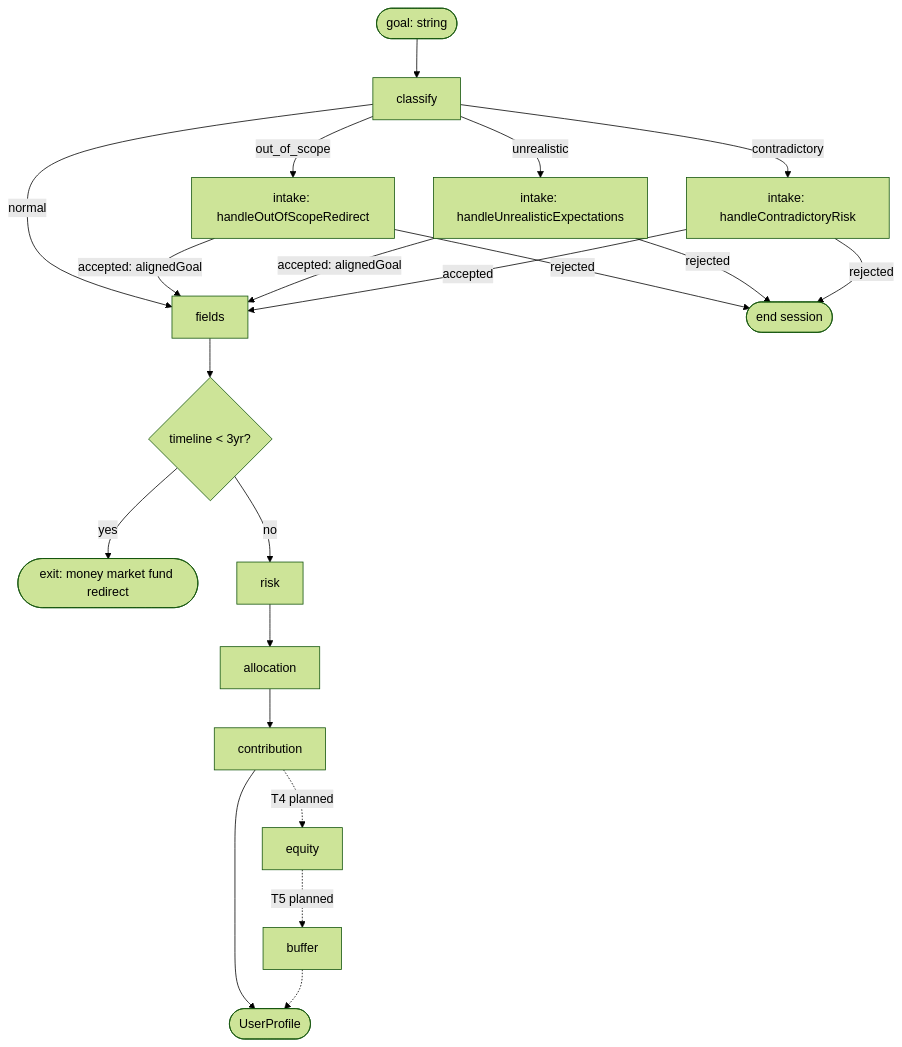
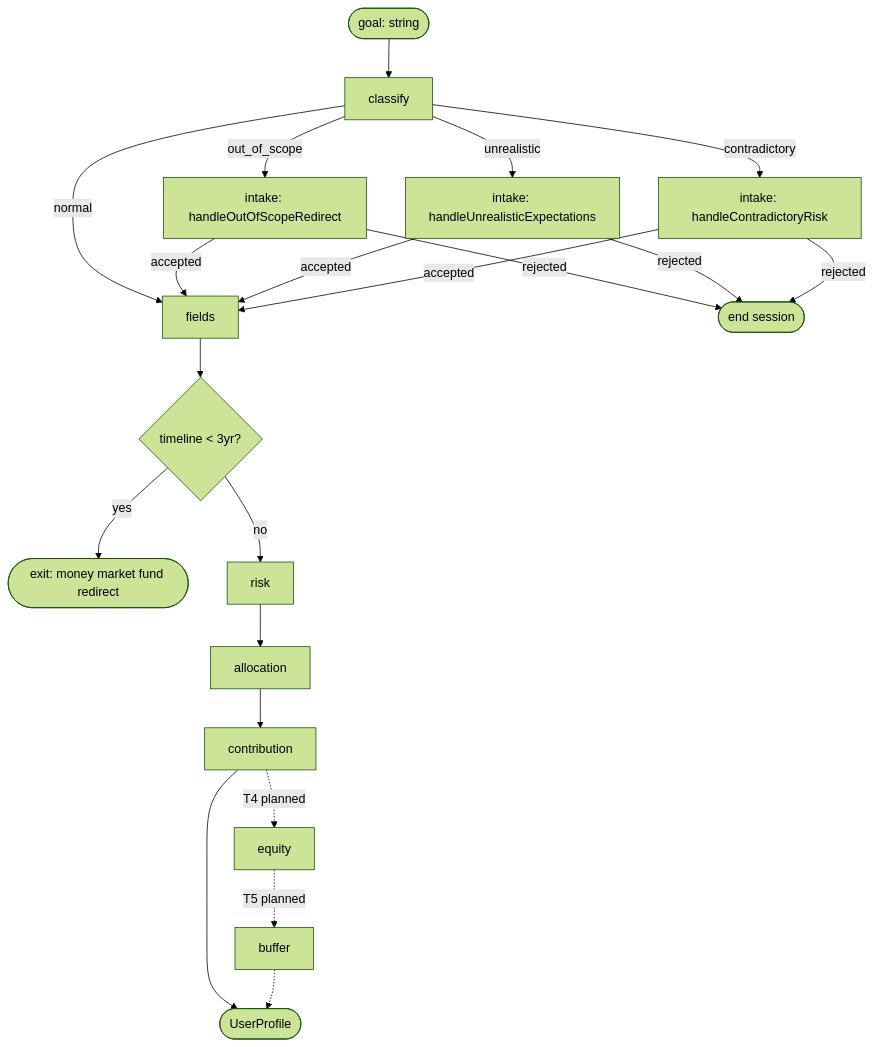
Before and after one commit to itayg43/lazy-advisor: the diagram in documentation/ARCHITECTURE.md, drawn with Mermaid (forest theme). The commit also changed other lines of this file, not shown here.

First line of the commit message:
docs(architecture): restructure and align ARCHITECTURE.md

````diff
--- a/documentation/ARCHITECTURE.md
+++ b/documentation/ARCHITECTURE.md
@@ -13,25 +11,25 @@
 ```mermaid
 flowchart TD
     Start([goal: string]) --> Classify[classify]
     Classify -->|normal| Fields[fields]
     Classify -->|out_of_scope| OOS[intake: handleOutOfScopeRedirect]
     Classify -->|unrealistic| Unreal[intake: handleUnrealisticExpectations]
     Classify -->|contradictory| Contra[intake: handleContradictoryRisk]
 
-    OOS -->|accepted: alignedGoal| Fields
+    OOS -->|accepted| Fields
     OOS -->|rejected| End([end session])
-    Unreal -->|accepted: alignedGoal| Fields
+    Unreal -->|accepted| Fields
     Unreal -->|rejected| End
     Contra -->|accepted| Fields
     Contra -->|rejected| End
 
     Fields --> ShortHorizon{timeline < 3yr?}
     ShortHorizon -->|yes| ExitShort([exit: money market fund redirect])
     ShortHorizon -->|no| Risk[risk]
     Risk --> Allocation[allocation]
     Allocation --> Contribution[contribution]
     Contribution --> Profile([UserProfile])
     Contribution -.->|T4 planned| Equity[equity]
     Equity -.->|T5 planned| Buffer[buffer]
     Buffer -.-> Profile
 ```
````
